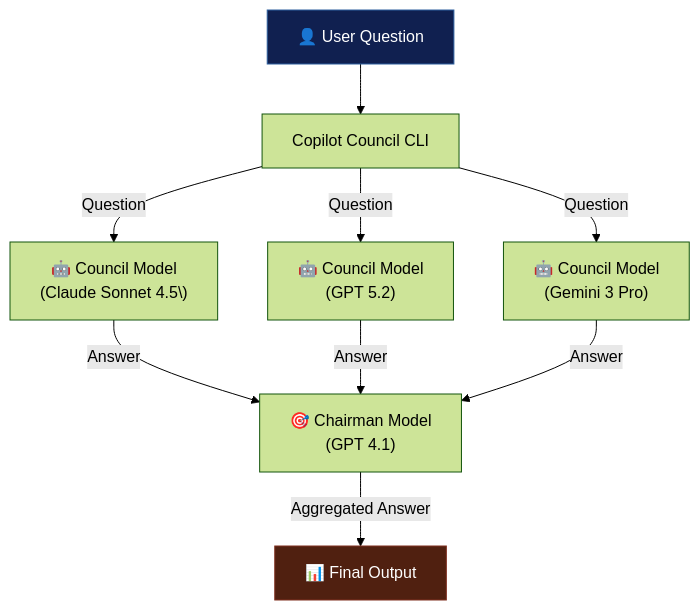
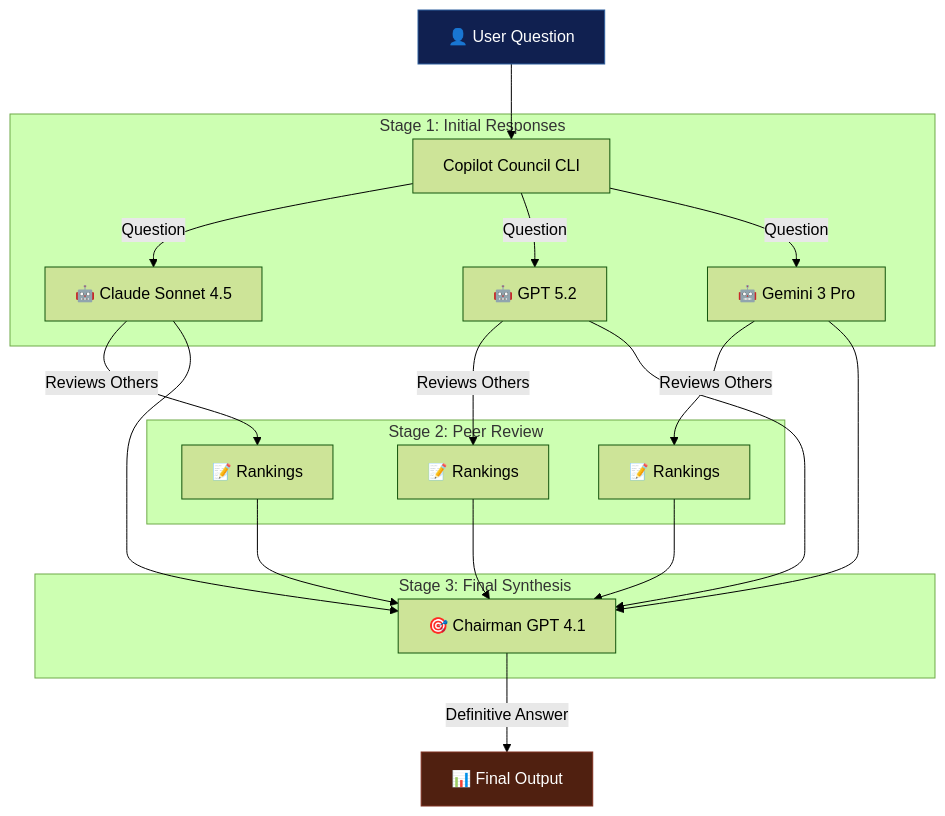
One commit to openjny/copilot-council changed the diagram in README.md. Above: the diagram before and after it, drawn with Mermaid (forest theme). The commit also changed other lines of this file, not shown here.

First line of the commit message:
docs: Update README for 3-stage LLM Council pattern

````diff
--- a/README.md
+++ b/README.md
@@ -13,16 +27,30 @@
 ```mermaid
 graph TB
     User[👤 User Question] --> Council[Copilot Council CLI]
-    Council -->|Question| Claude["🤖 Council Model<br/>(Claude Sonnet 4.5\)"]
-    Council -->|Question| GPT["🤖 Council Model<br/>(GPT 5.2)"]
-    Council -->|Question| Gemini["🤖 Council Model<br/>(Gemini 3 Pro)"]
 
-    Claude -->|Answer| Aggregator["🎯 Chairman Model<br/>(GPT 4.1)"]
-    GPT -->|Answer| Aggregator
-    Gemini -->|Answer| Aggregator
+    subgraph Stage1[Stage 1: Initial Responses]
+        Council -->|Question| Claude["🤖 Claude Sonnet 4.5"]
+        Council -->|Question| GPT["🤖 GPT 5.2"]
+        Council -->|Question| Gemini["🤖 Gemini 3 Pro"]
+    end
 
-    Aggregator -->|Aggregated Answer| Output[📊 Final Output]
+    subgraph Stage2[Stage 2: Peer Review]
+        Claude -->|Reviews Others| Review1["📝 Rankings"]
+        GPT -->|Reviews Others| Review2["📝 Rankings"]
+        Gemini -->|Reviews Others| Review3["📝 Rankings"]
+    end
+
+    subgraph Stage3[Stage 3: Final Synthesis]
+        Review1 --> Chairman["🎯 Chairman GPT 4.1"]
+        Review2 --> Chairman
+        Review3 --> Chairman
+        Claude --> Chairman
+        GPT --> Chairman
+        Gemini --> Chairman
+    end
+
+    Chairman -->|Definitive Answer| Output[📊 Final Output]
 
     style User fill:#102050,stroke:#2d5f9e,color:#fff
     style Output fill:#502010,stroke:#803020,color:#fff
 ```
````
